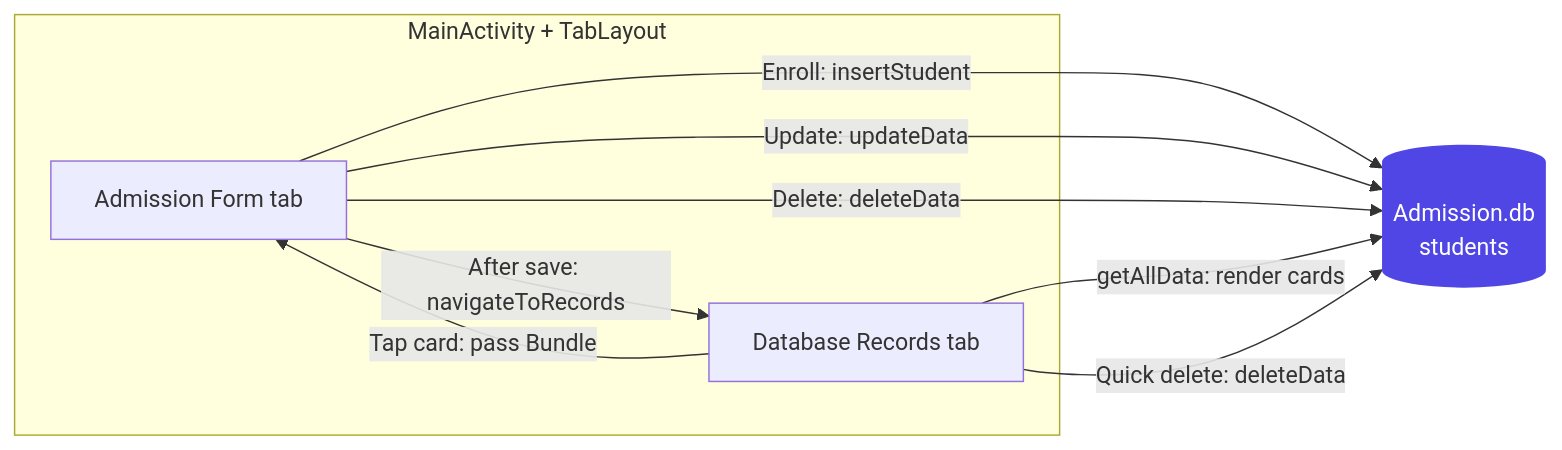
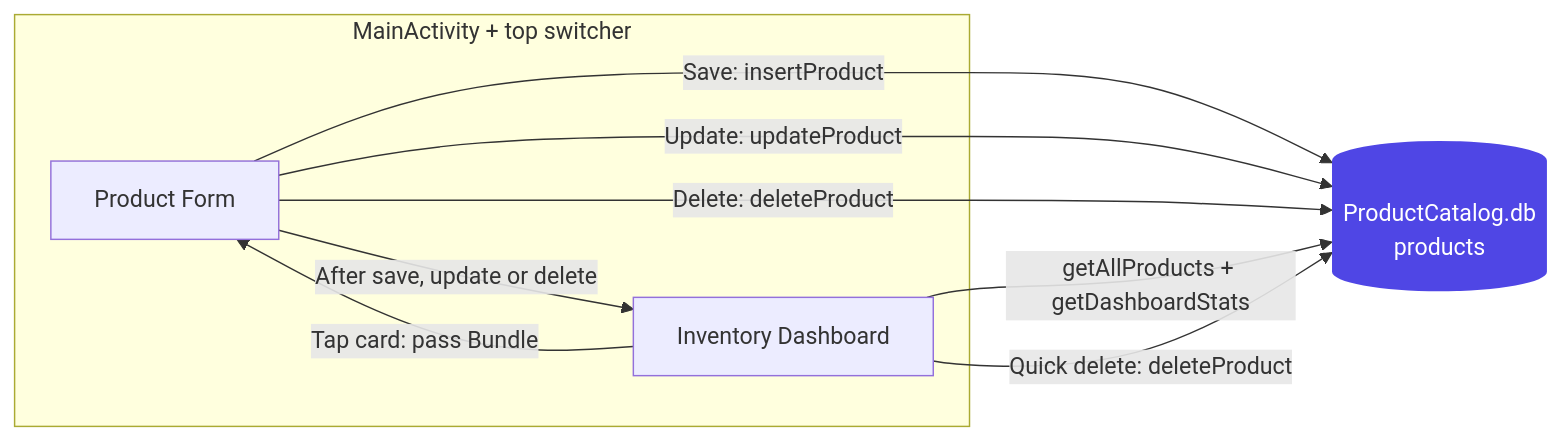
The third of 3 diagrams in README.md (furqanzubair209-cell/mobile-app-development-coursework), drawn with Mermaid before and after one commit. The commit also changed other lines of this file, not shown here.

First line of the commit message:
Revise README for Apex Inventory app details

````diff
--- a/README.md
+++ b/README.md
@@ -412,18 +433,18 @@
 ```mermaid
 flowchart LR
-    subgraph UI["MainActivity + TabLayout"]
-        AF[Admission Form tab]
-        RF[Database Records tab]
+    subgraph UI["MainActivity + top switcher"]
+        PF[Product Form]
+        DB2[Inventory Dashboard]
     end
-    DB[(Admission.db<br/>students)]
+    DB[(ProductCatalog.db<br/>products)]
 
-    AF -->|Enroll: insertStudent| DB
-    AF -->|Update: updateData| DB
-    AF -->|Delete: deleteData| DB
-    RF -->|getAllData: render cards| DB
-    RF -->|Quick delete: deleteData| DB
-    RF -->|Tap card: pass Bundle| AF
-    AF -->|After save: navigateToRecords| RF
+    PF -->|Save: insertProduct| DB
+    PF -->|Update: updateProduct| DB
+    PF -->|Delete: deleteProduct| DB
+    DB2 -->|getAllProducts + getDashboardStats| DB
+    DB2 -->|Quick delete: deleteProduct| DB
+    DB2 -->|Tap card: pass Bundle| PF
+    PF -->|After save, update or delete| DB2
 
     style DB fill:#4F46E5,color:#fff,stroke:none
 ```
````
